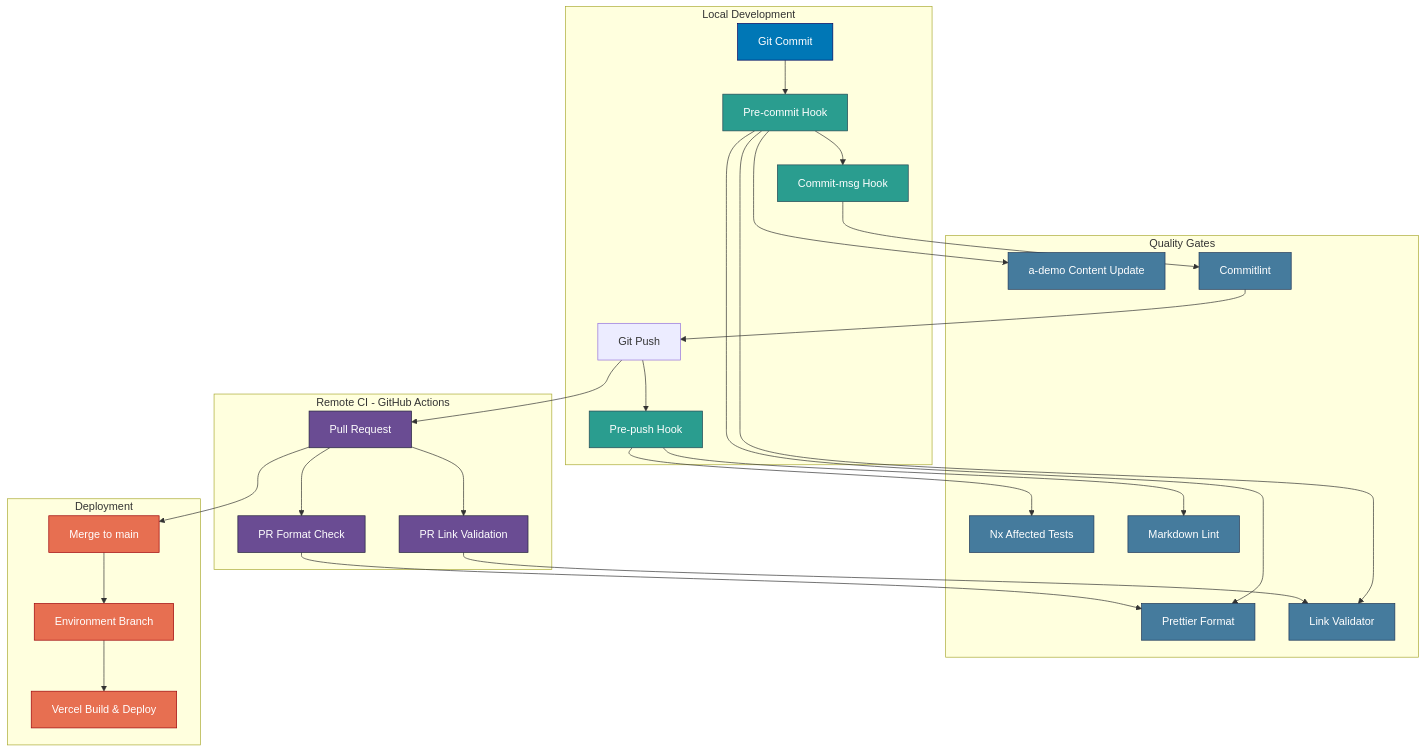
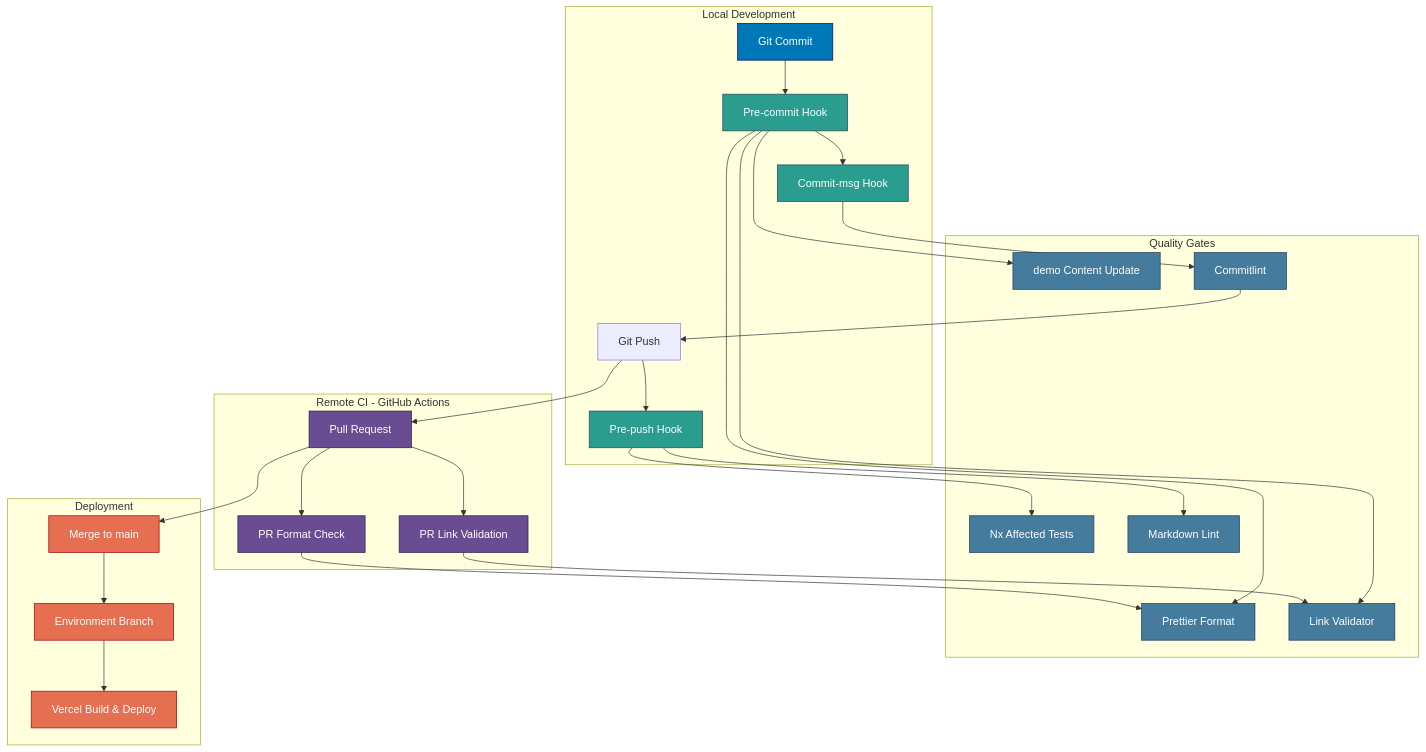
Before and after one commit to wahidyankf/ose-primer: the first of 2 diagrams in docs/reference/system-architecture/ci-cd.md, drawn with Mermaid. The commit also changed other lines of this file and 3064 other files, not shown here.

````diff
--- a/docs/reference/system-architecture/ci-cd.md
+++ b/docs/reference/system-architecture/ci-cd.md
@@ -22,72 +22,72 @@
 ```mermaid
 graph TB
     subgraph "Local Development"
         COMMIT[Git Commit]
         PRE_COMMIT[Pre-commit Hook]
         COMMIT_MSG[Commit-msg Hook]
         PUSH[Git Push]
         PRE_PUSH[Pre-push Hook]
     end
 
     subgraph "Remote CI - GitHub Actions"
         PR[Pull Request]
         FORMAT[PR Format Check]
         LINKS[PR Link Validation]
     end
 
     subgraph "Quality Gates"
         PRETTIER[Prettier Format]
-        AYOKODING[a-demo Content Update]
+        AYOKODING[demo Content Update]
         LINK_VAL[Link Validator]
         COMMITLINT[Commitlint]
         TEST_QUICK[Nx Affected Tests]
         MD_LINT[Markdown Lint]
     end
 
     subgraph "Deployment"
         MERGE[Merge to main]
         ENV_BRANCH[Environment Branch]
         VERCEL[Vercel Build & Deploy]
     end
 
     COMMIT --> PRE_COMMIT
     PRE_COMMIT --> AYOKODING
     PRE_COMMIT --> PRETTIER
     PRE_COMMIT --> LINK_VAL
     PRE_COMMIT --> COMMIT_MSG
 
     COMMIT_MSG --> COMMITLINT
     COMMITLINT --> PUSH
 
     PUSH --> PRE_PUSH
     PRE_PUSH --> TEST_QUICK
     PRE_PUSH --> MD_LINT
 
     PUSH --> PR
     PR --> FORMAT
     PR --> LINKS
 
     FORMAT --> PRETTIER
     LINKS --> LINK_VAL
 
     PR --> MERGE
     MERGE --> ENV_BRANCH
     ENV_BRANCH --> VERCEL
 
     style COMMIT fill:#0077b6,stroke:#03045e,color:#ffffff
     style PRE_COMMIT fill:#2a9d8f,stroke:#264653,color:#ffffff
     style COMMIT_MSG fill:#2a9d8f,stroke:#264653,color:#ffffff
     style PRE_PUSH fill:#2a9d8f,stroke:#264653,color:#ffffff
     style PR fill:#6a4c93,stroke:#22223b,color:#ffffff
     style FORMAT fill:#6a4c93,stroke:#22223b,color:#ffffff
     style LINKS fill:#6a4c93,stroke:#22223b,color:#ffffff
     style PRETTIER fill:#457b9d,stroke:#1d3557,color:#ffffff
     style AYOKODING fill:#457b9d,stroke:#1d3557,color:#ffffff
     style LINK_VAL fill:#457b9d,stroke:#1d3557,color:#ffffff
     style COMMITLINT fill:#457b9d,stroke:#1d3557,color:#ffffff
     style TEST_QUICK fill:#457b9d,stroke:#1d3557,color:#ffffff
     style MD_LINT fill:#457b9d,stroke:#1d3557,color:#ffffff
     style MERGE fill:#e76f51,stroke:#9d0208,color:#ffffff
     style ENV_BRANCH fill:#e76f51,stroke:#9d0208,color:#ffffff
     style VERCEL fill:#e76f51,stroke:#9d0208,color:#ffffff
 ```
````
